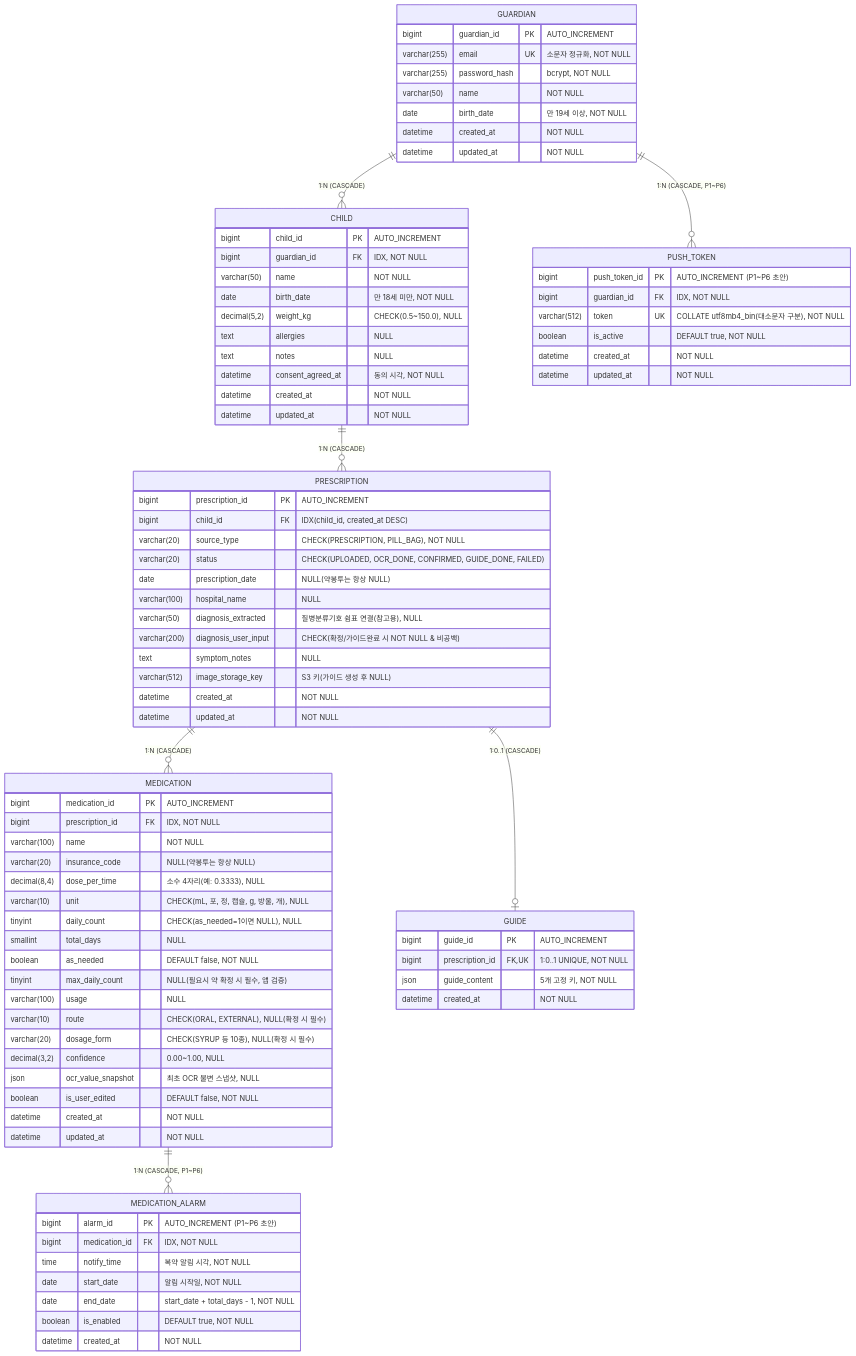
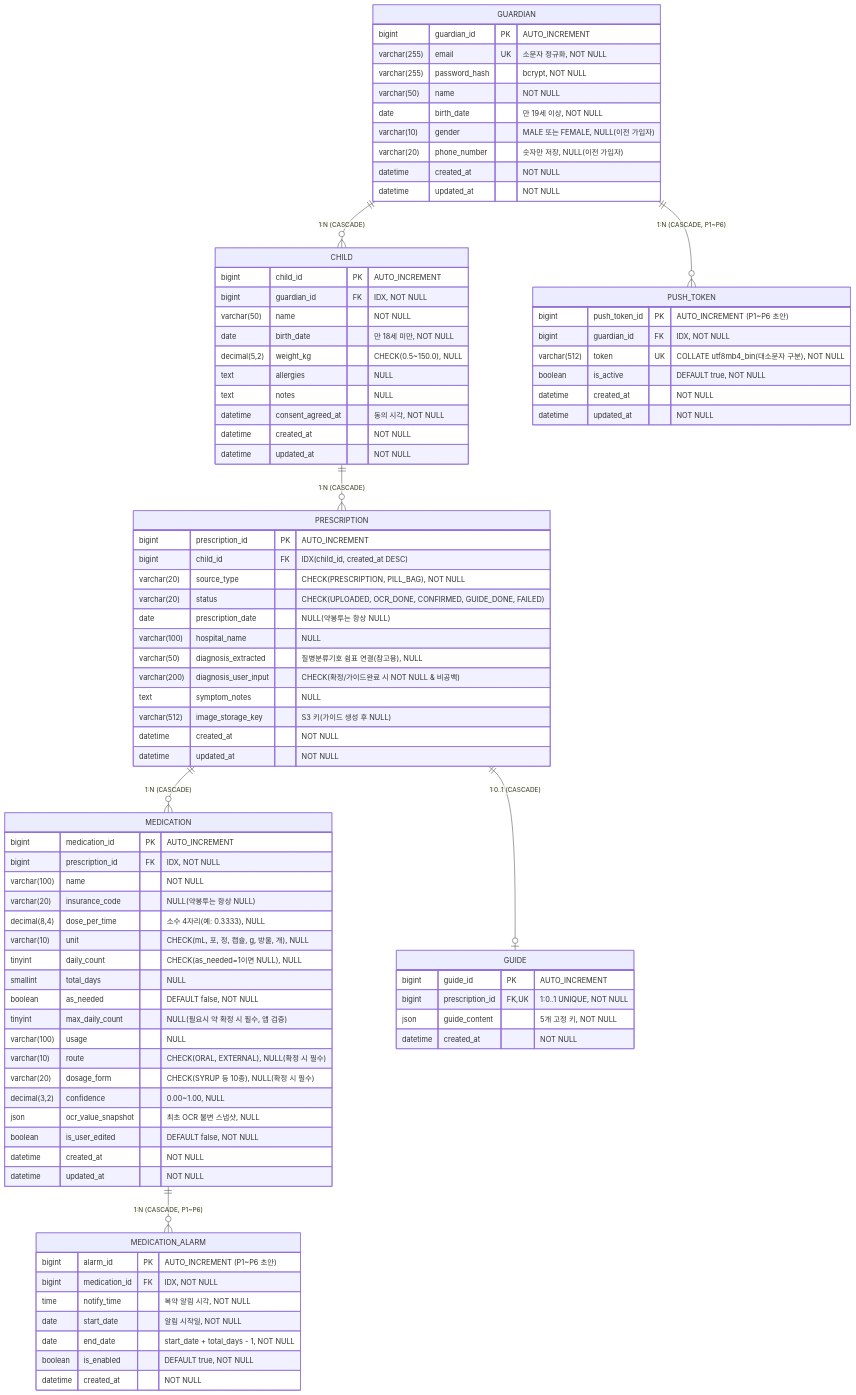
The diagram in docs/PillyMate_ERD_v1.1.md (AI-HealthCare-07/PillyMate), drawn with Mermaid before and after one commit. The commit also changed other lines of this file and 15 other files, not shown here.

First line of the commit message:
feat: 회원가입에 성별·휴대전화 번호 추가 (guardian.gender, guardian.phone_number)

```diff
--- a/docs/PillyMate_ERD_v1.1.md
+++ b/docs/PillyMate_ERD_v1.1.md
@@ -26,6 +26,8 @@
         varchar(255) password_hash "bcrypt, NOT NULL"
         varchar(50) name "NOT NULL"
         date birth_date "만 19세 이상, NOT NULL"
+        varchar(10) gender "MALE 또는 FEMALE, NULL(이전 가입자)"
+        varchar(20) phone_number "숫자만 저장, NULL(이전 가입자)"
         datetime created_at "NOT NULL"
         datetime updated_at "NOT NULL"
     }
```
